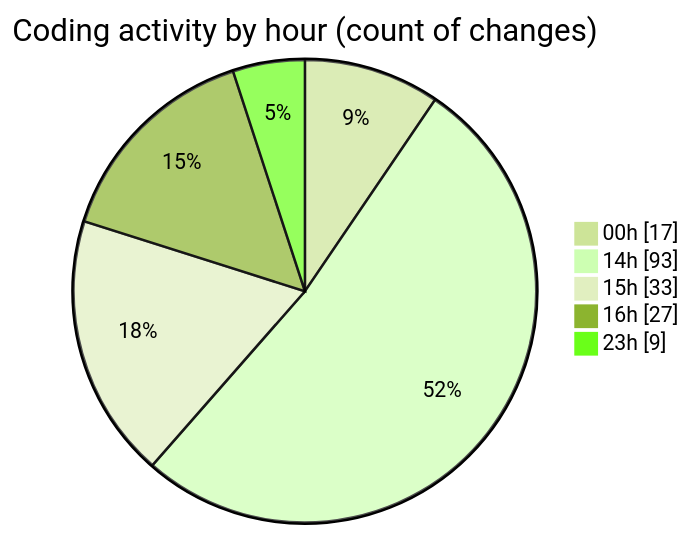
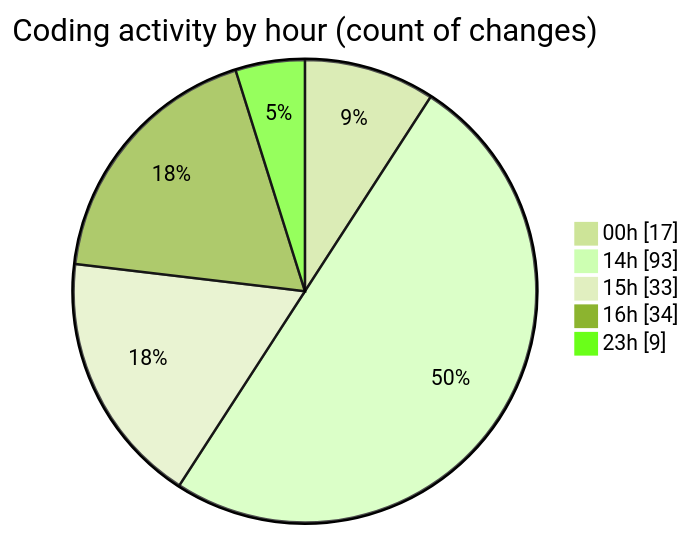
Before and after one commit to Ritupan-Deka/code-tracking: the second of 2 diagrams in 2025-07-20/mern-workoutboard/README.md, drawn with Mermaid (forest theme). The commit also changed other lines of this file and 1 other file, not shown here.

````diff
--- a/2025-07-20/mern-workoutboard/README.md
+++ b/2025-07-20/mern-workoutboard/README.md
@@ -34,9 +34,9 @@
 ```mermaid
 pie showData
 title Coding activity by hour (count of changes)
 "00h" : 17
 "14h" : 93
 "15h" : 33
-"16h" : 27
+"16h" : 34
 "23h" : 9
 ```
````
